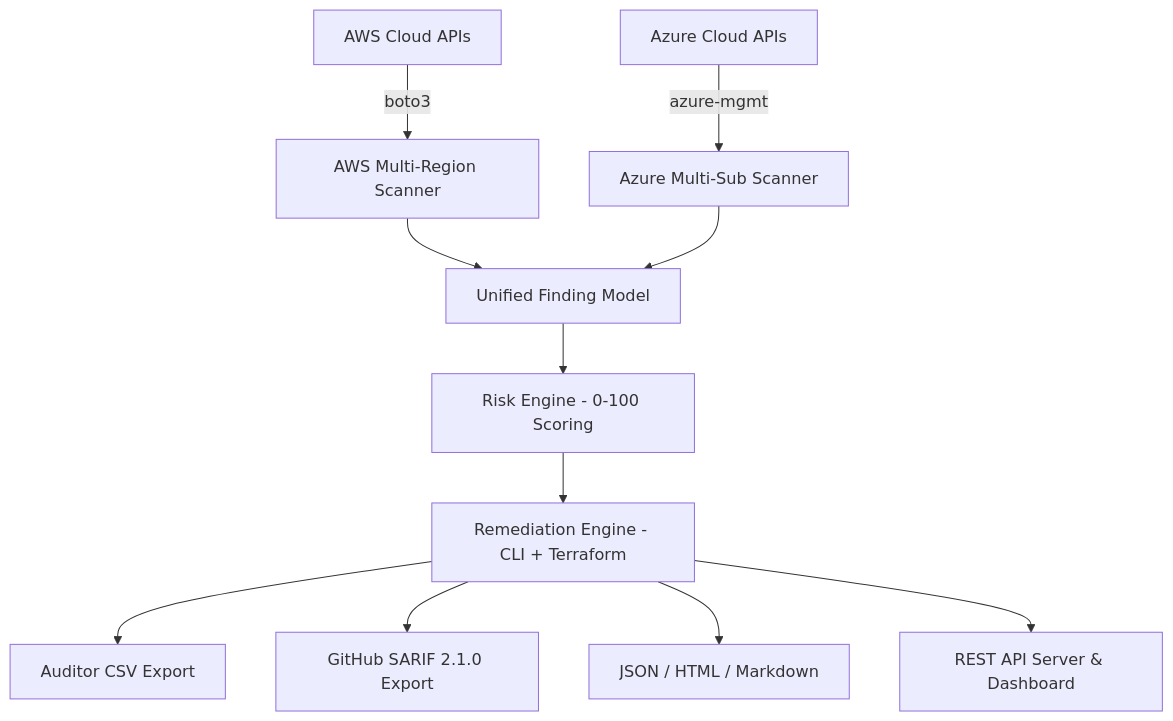
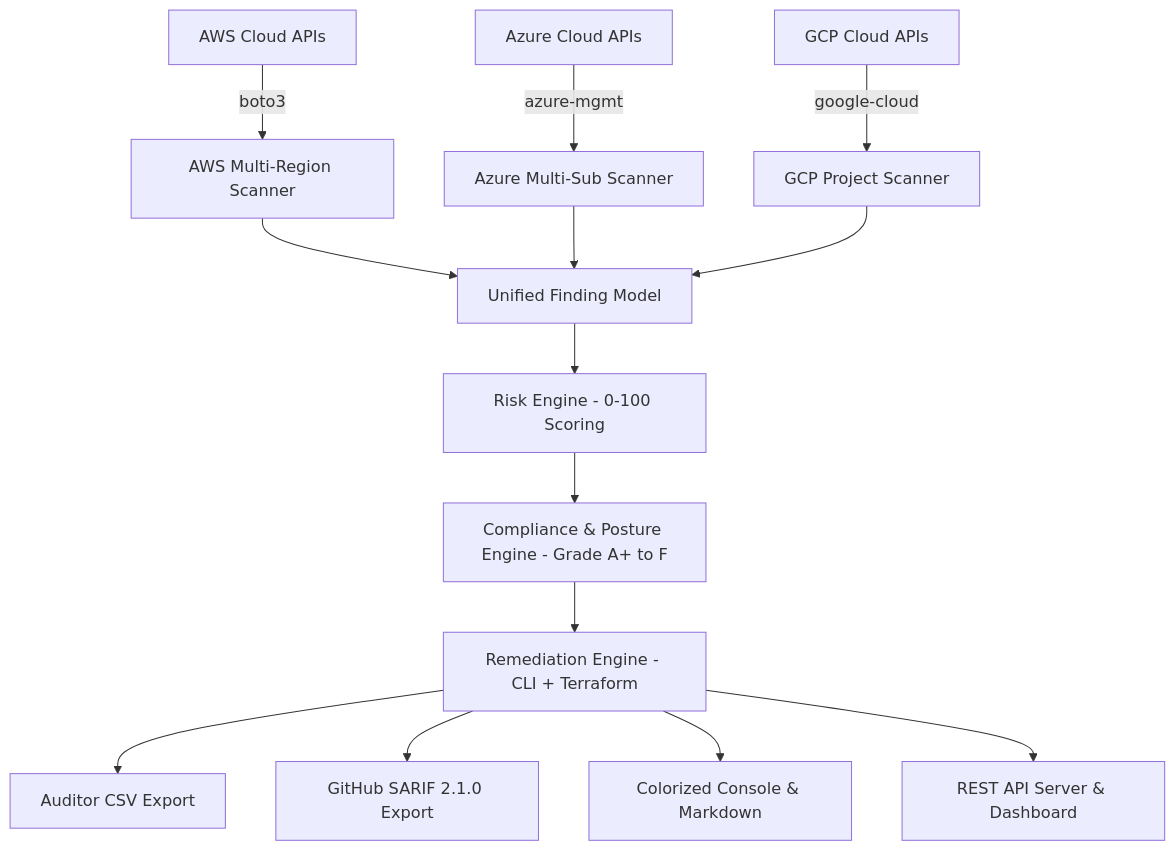
One commit to raghavkhandal72-coder/CloudSentinel changed the diagram in README.md. Above: the diagram before and after it, drawn with Mermaid. The commit also changed other lines of this file and 11 other files, not shown here.

Commit message:
feat: add GCP scanner, compliance posture grading engine (A+ to F), colorized console, and native GitHub Action

````diff
--- a/README.md
+++ b/README.md
@@ -35,16 +39,19 @@
 ```mermaid
 graph TD
-    A[AWS Cloud APIs] -->|boto3| C[AWS Multi-Region Scanner]
-    B[Azure Cloud APIs] -->|azure-mgmt| D[Azure Multi-Sub Scanner]
+    A[AWS Cloud APIs] -->|boto3| D[AWS Multi-Region Scanner]
+    B[Azure Cloud APIs] -->|azure-mgmt| E[Azure Multi-Sub Scanner]
+    C[GCP Cloud APIs] -->|google-cloud| F[GCP Project Scanner]
     
-    C --> E[Unified Finding Model]
-    D --> E
+    D --> G[Unified Finding Model]
+    E --> G
+    F --> G
     
-    E --> F[Risk Engine - 0-100 Scoring]
-    F --> G[Remediation Engine - CLI + Terraform]
+    G --> H[Risk Engine - 0-100 Scoring]
+    H --> I[Compliance & Posture Engine - Grade A+ to F]
+    I --> J[Remediation Engine - CLI + Terraform]
     
-    G --> H[Auditor CSV Export]
-    G --> I[GitHub SARIF 2.1.0 Export]
-    G --> J[JSON / HTML / Markdown]
-    G --> K[REST API Server & Dashboard]
+    J --> K[Auditor CSV Export]
+    J --> L[GitHub SARIF 2.1.0 Export]
+    J --> M[Colorized Console & Markdown]
+    J --> N[REST API Server & Dashboard]
 ```
````
